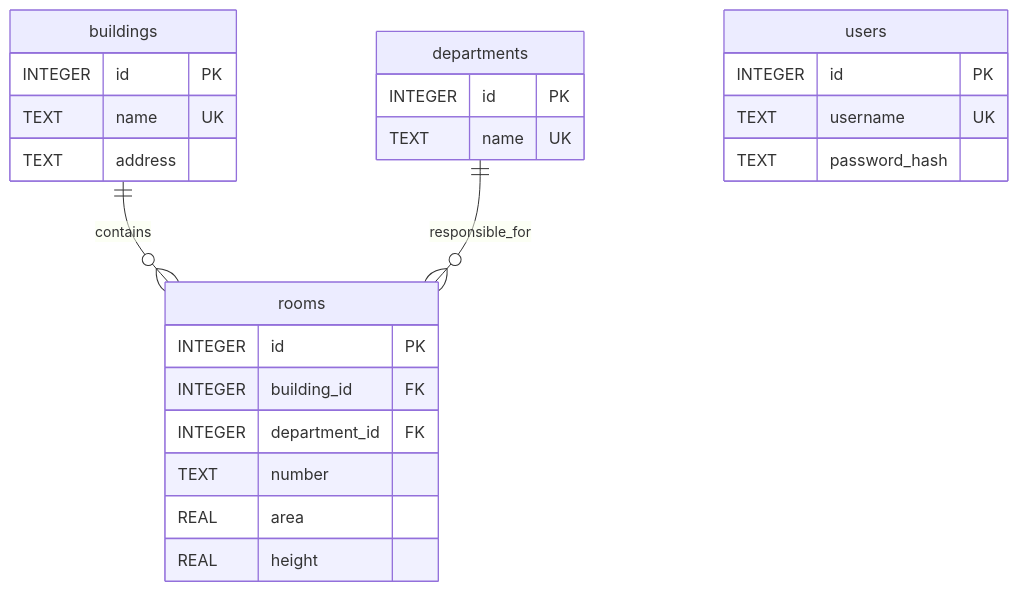
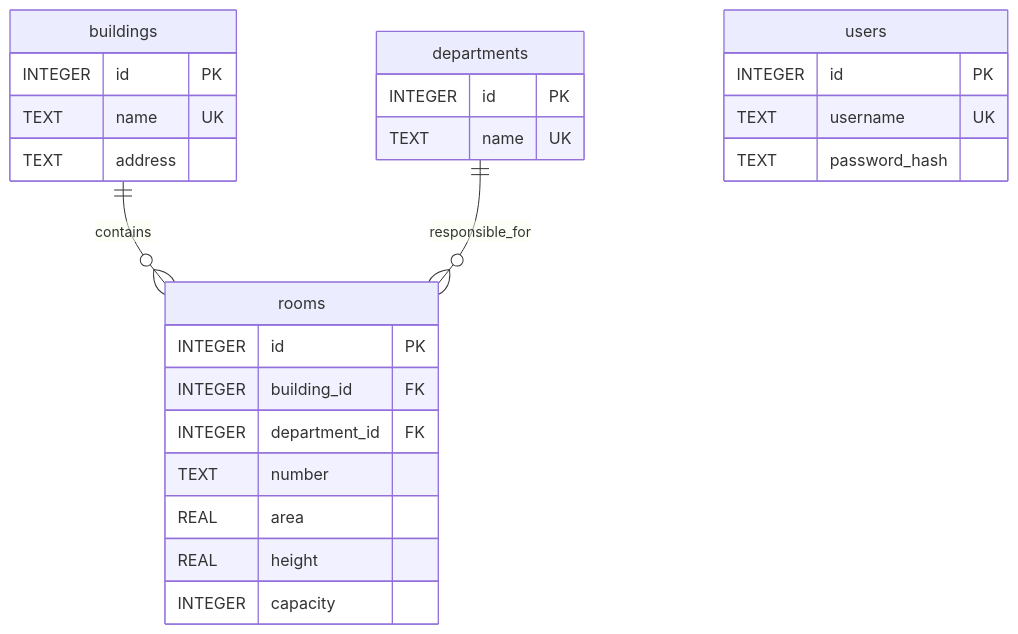
One commit to swelock/DevOps changed the diagram in docs/DATA.md. Above: the diagram before and after it, drawn with Mermaid. The commit also changed other lines of this file and 40 other files, not shown here.

````diff
--- a/docs/DATA.md
+++ b/docs/DATA.md
@@ -7,27 +7,28 @@
 ```mermaid
 erDiagram
     buildings ||--o{ rooms : contains
     departments ||--o{ rooms : responsible_for
     users {
         INTEGER id PK
         TEXT username UK
         TEXT password_hash
     }
     buildings {
         INTEGER id PK
         TEXT name UK
         TEXT address
     }
     departments {
         INTEGER id PK
         TEXT name UK
     }
     rooms {
         INTEGER id PK
         INTEGER building_id FK
         INTEGER department_id FK
         TEXT number
         REAL area
         REAL height
+        INTEGER capacity
     }
 ```
````
